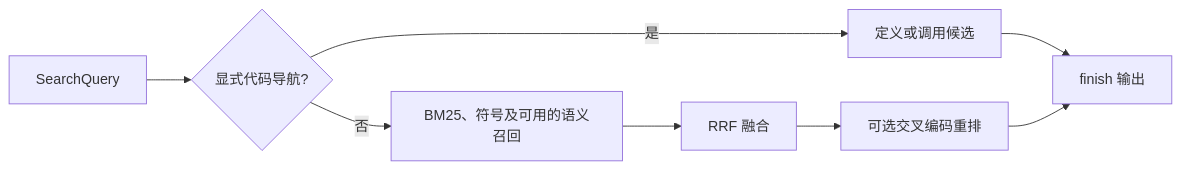
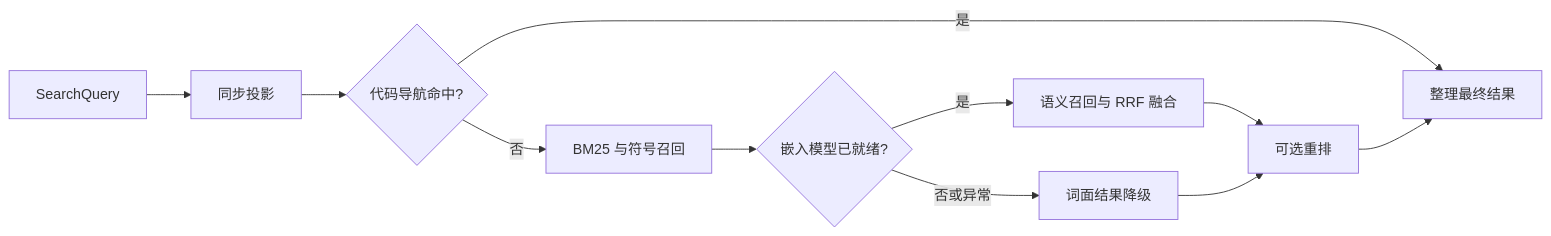
The diagram in .repo-review/knowledge/articles/0f4c98f99ec08ee9f67bc4c9abbbec7193e9e0c6a38384e2306d9c1cf84a9f03.md (lejunyang/omem), drawn with Mermaid before and after one commit. The commit also changed other lines of this file and 1 other file, not shown here.

````diff
--- a/.repo-review/knowledge/articles/0f4c98f99ec08ee9f67bc4c9abbbec7193e9e0c6a38384e2306d9c1cf84a9f03.md
+++ b/.repo-review/knowledge/articles/0f4c98f99ec08ee9f67bc4c9abbbec7193e9e0c6a38384e2306d9c1cf84a9f03.md
@@ -21,10 +21,13 @@
 ```mermaid
 flowchart LR
-  Q[SearchQuery] --> N{显式代码导航?}
-  N -->|是| C[定义或调用候选]
-  N -->|否| B[BM25、符号及可用的语义召回]
-  B --> F[RRF 融合]
-  F --> R[可选交叉编码重排]
-  C --> O[finish 输出]
-  R --> O
+  Q[SearchQuery] --> S[同步投影]
+  S --> N{代码导航命中?}
+  N -->|是| F[整理最终结果]
+  N -->|否| L[BM25 与符号召回]
+  L --> V{嵌入模型已就绪?}
+  V -->|是| H[语义召回与 RRF 融合]
+  V -->|否或异常| R[词面结果降级]
+  H --> R2[可选重排]
+  R --> R2
+  R2 --> F
 ```
````
